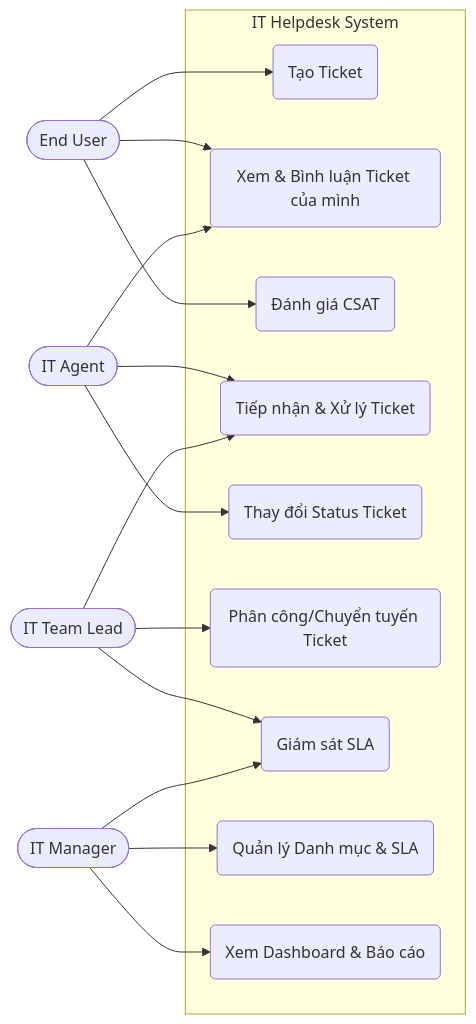
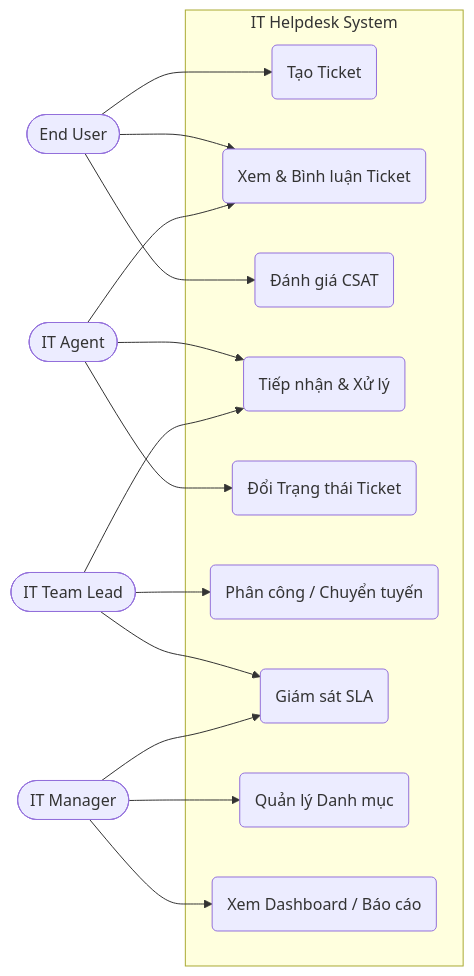
The first of 5 diagrams in document/Design_Diagrams.md (thizkieu/it-helpdesk), drawn with Mermaid before and after one commit. The commit also changed other lines of this file, not shown here.

Commit message:
docs: optimize diagrams layout

````diff
--- a/document/Design_Diagrams.md
+++ b/document/Design_Diagrams.md
@@ -7,32 +7,32 @@
 ```mermaid
 flowchart LR
     User([End User])
     Agent([IT Agent])
     Lead([IT Team Lead])
     Manager([IT Manager])
 
     subgraph IT Helpdesk System
         UC1(Tạo Ticket)
-        UC2(Xem & Bình luận Ticket của mình)
+        UC2(Xem & Bình luận Ticket)
         UC3(Đánh giá CSAT)
-        UC4(Tiếp nhận & Xử lý Ticket)
-        UC5(Thay đổi Status Ticket)
-        UC6(Phân công/Chuyển tuyến Ticket)
+        UC4(Tiếp nhận & Xử lý)
+        UC5(Đổi Trạng thái Ticket)
+        UC6(Phân công / Chuyển tuyến)
         UC7(Giám sát SLA)
-        UC8(Quản lý Danh mục & SLA)
-        UC9(Xem Dashboard & Báo cáo)
+        UC8(Quản lý Danh mục)
+        UC9(Xem Dashboard / Báo cáo)
     end
 
     User --> UC1
     User --> UC2
     User --> UC3
     Agent --> UC4
     Agent --> UC5
     Agent --> UC2
     Lead --> UC6
     Lead --> UC7
     Lead --> UC4
     Manager --> UC8
     Manager --> UC9
     Manager --> UC7
 ```
````
